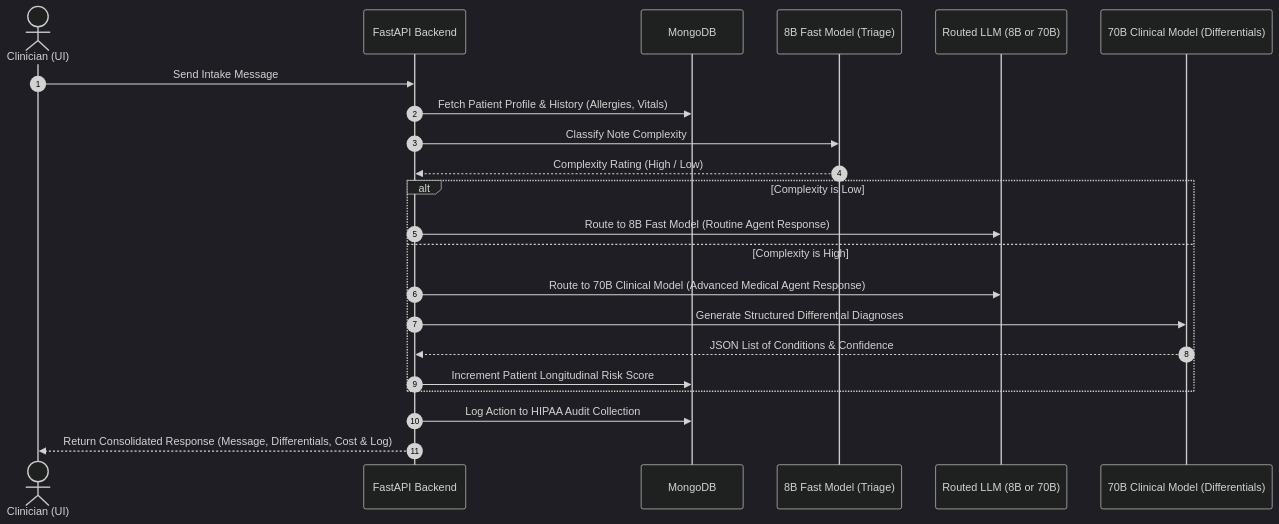
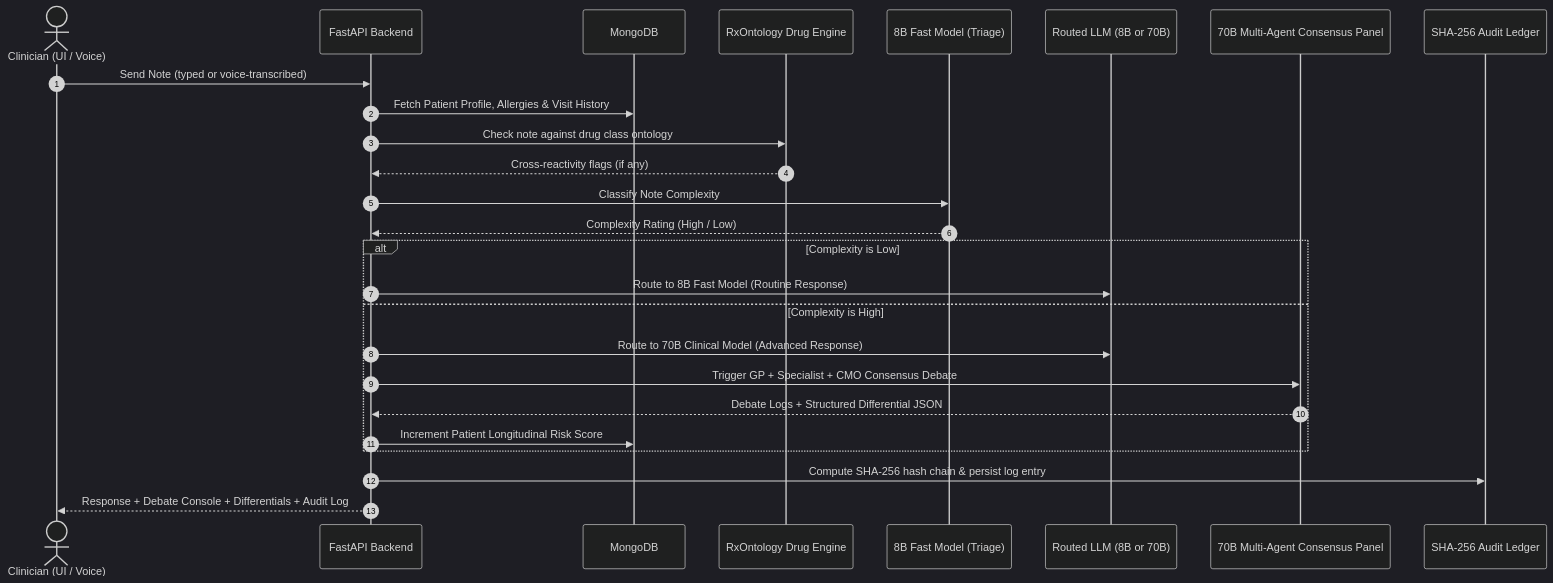
Before and after one commit to DubbakaMrudhula/CareThread: the second of 2 diagrams in README.md, drawn with Mermaid (dark theme). The commit also changed other lines of this file and 2 other files, not shown here.

Commit message:
advanced features

````diff
--- a/README.md
+++ b/README.md
@@ -50,27 +93,31 @@
 ```mermaid
 sequenceDiagram
     autonumber
-    actor Clinician as Clinician (UI)
+    actor Clinician as Clinician (UI / Voice)
     participant API as FastAPI Backend
     participant DB as MongoDB
+    participant RxEngine as RxOntology Drug Engine
     participant Triage as 8B Fast Model (Triage)
     participant Agent as Routed LLM (8B or 70B)
-    participant DiffGen as 70B Clinical Model (Differentials)
+    participant Debate as 70B Multi-Agent Consensus Panel
+    participant Ledger as SHA-256 Audit Ledger
 
-    Clinician->>API: Send Intake Message
-    API->>DB: Fetch Patient Profile & History (Allergies, Vitals)
+    Clinician->>API: Send Note (typed or voice-transcribed)
+    API->>DB: Fetch Patient Profile, Allergies & Visit History
+    API->>RxEngine: Check note against drug class ontology
+    RxEngine-->>API: Cross-reactivity flags (if any)
     API->>Triage: Classify Note Complexity
     Triage-->>API: Complexity Rating (High / Low)
-    
+
     alt Complexity is Low
-        API->>Agent: Route to 8B Fast Model (Routine Agent Response)
+        API->>Agent: Route to 8B Fast Model (Routine Response)
     else Complexity is High
-        API->>Agent: Route to 70B Clinical Model (Advanced Medical Agent Response)
-        API->>DiffGen: Generate Structured Differential Diagnoses
-        DiffGen-->>API: JSON List of Conditions & Confidence
+        API->>Agent: Route to 70B Clinical Model (Advanced Response)
+        API->>Debate: Trigger GP + Specialist + CMO Consensus Debate
+        Debate-->>API: Debate Logs + Structured Differential JSON
         API->>DB: Increment Patient Longitudinal Risk Score
     end
-    
-    API->>DB: Log Action to HIPAA Audit Collection
-    API-->>Clinician: Return Consolidated Response (Message, Differentials, Cost & Log)
+
+    API->>Ledger: Compute SHA-256 hash chain & persist log entry
+    API-->>Clinician: Response + Debate Console + Differentials + Audit Log
 ```
````
